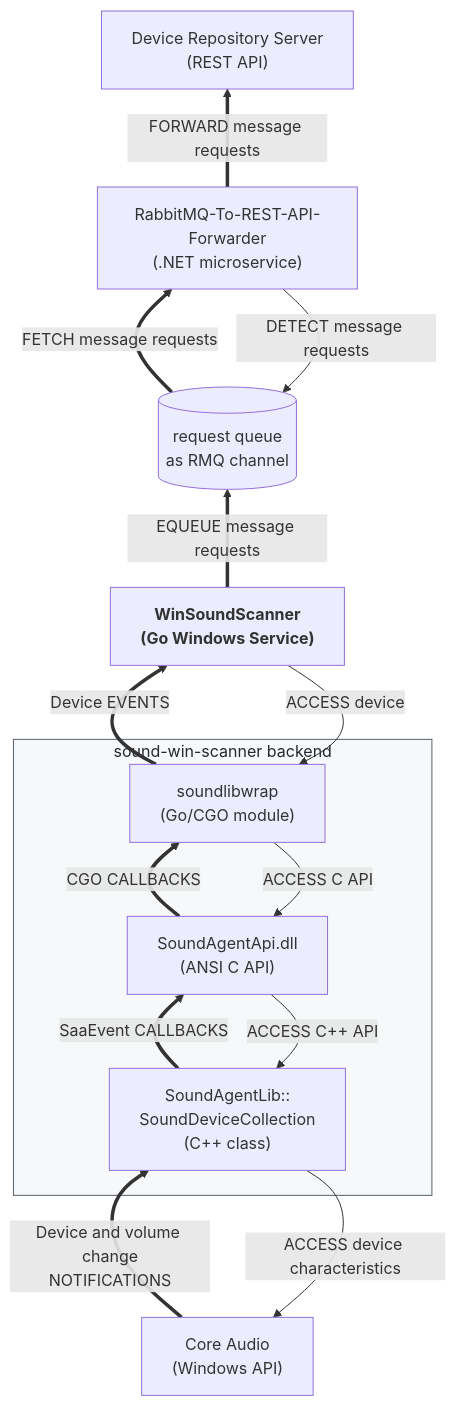
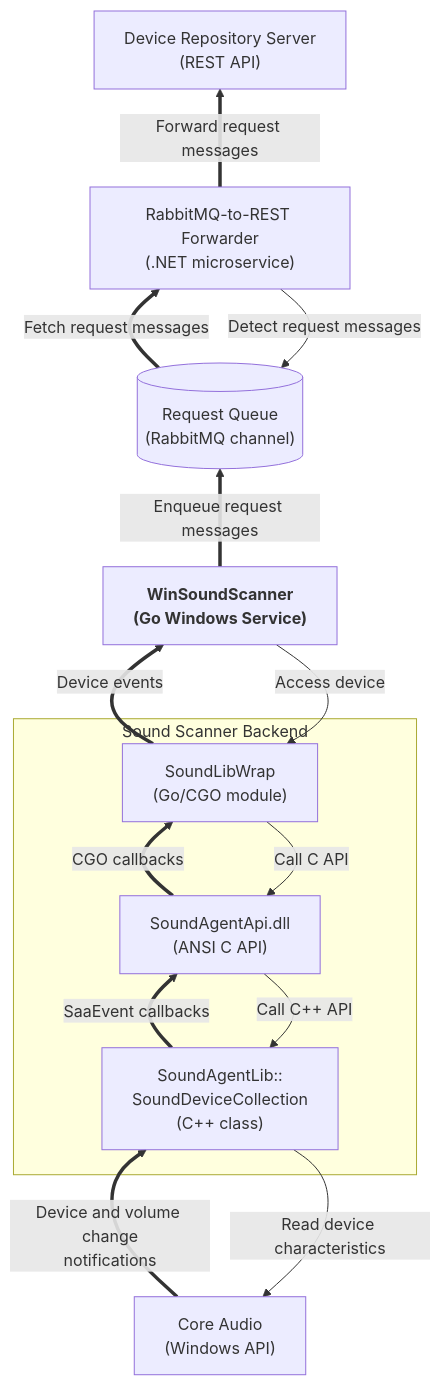
One commit to collect-sound-devices/win-sound-scanner-go changed the diagram in docs/module-interaction02.mmd. Above: the diagram before and after it, drawn with Mermaid. The commit also changed 2 other files, not shown here.

Commit message:
refactor: improve name clarity in module interaction diagrams

```diff
--- a/docs/module-interaction02.mmd
+++ b/docs/module-interaction02.mmd
@@ -1,35 +1,32 @@
 flowchart BT
 
-WIN["Core Audio<br>(Windows API)"]
+coreAudioApi["Core Audio<br>(Windows API)"]
 
-subgraph BCK["sound-win-scanner backend"]
-	WRAP["soundlibwrap<br>(Go/CGO module)"]
-	DLL["SoundAgentApi.dll<br>(ANSI C API)"]
-	LIB["SoundAgentLib::<br>SoundDeviceCollection<br>(C++ class)"]
+subgraph scannerBackend["Sound Scanner Backend"]
+    goCgoWrapper["SoundLibWrap<br>(Go/CGO module)"]
+    soundAgentApiDll["SoundAgentApi.dll<br>(ANSI C API)"]
+    soundDeviceCollection["SoundAgentLib::<br>SoundDeviceCollection<br>(C++ class)"]
 end
-style BCK fill:#f6f8fa,stroke:#57606a,color:#24292f
 
-WIN ==> |Device and volume change<br>NOTIFICATIONS| LIB
-LIB --> |ACCESS device characteristics| WIN
+coreAudioApi ==> |Device and volume change<br>notifications| soundDeviceCollection
+soundDeviceCollection --> |Read device characteristics| coreAudioApi
 
+winSoundScannerService["<b>WinSoundScanner<br>(Go Windows Service)</b>"]
+requestQueue[("Request Queue<br>(RabbitMQ channel)")]
+rabbitMqRestForwarder["RabbitMQ-to-REST Forwarder<br>(.NET microservice)"]
+deviceRepositoryApi["Device Repository Server<br>(REST API)"]
 
-APP["<b>WinSoundScanner<br>(Go Windows Service)</b>"]
-CHAN[("request queue<br>as RMQ channel")]
-FWD["RabbitMQ-To-REST-API-Forwarder<br>(.NET microservice)"]
-API["Device Repository Server<br>(REST API)"]
+winSoundScannerService --> |Access device| goCgoWrapper
+goCgoWrapper ==> |Device events| winSoundScannerService
 
-APP --> |ACCESS device| WRAP
-WRAP ==> |Device EVENTS| APP 
+goCgoWrapper --> |Call C API| soundAgentApiDll
+soundAgentApiDll --> |Call C++ API| soundDeviceCollection
 
-WRAP --> |ACCESS C API| DLL
-DLL --> |ACCESS C++ API| LIB
+soundDeviceCollection ==> |SaaEvent callbacks| soundAgentApiDll
+soundAgentApiDll ==> |CGO callbacks| goCgoWrapper
 
-LIB ==>|SaaEvent CALLBACKS| DLL
-DLL ==>|CGO CALLBACKS| WRAP
+winSoundScannerService ==> |Enqueue request messages| requestQueue
 
-APP ==> |EQUEUE message requests| CHAN
-
-CHAN ==> |FETCH message requests| FWD
-FWD --> |DETECT message requests| CHAN
-
-FWD ==> |FORWARD message requests| API
+requestQueue ==> |Fetch request messages| rabbitMqRestForwarder
+rabbitMqRestForwarder --> |Detect request messages| requestQueue
+rabbitMqRestForwarder ==> |Forward request messages| deviceRepositoryApi
```
